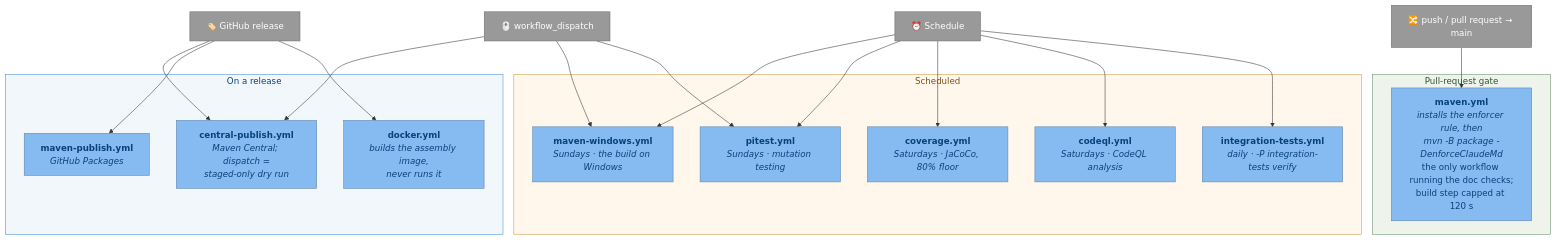
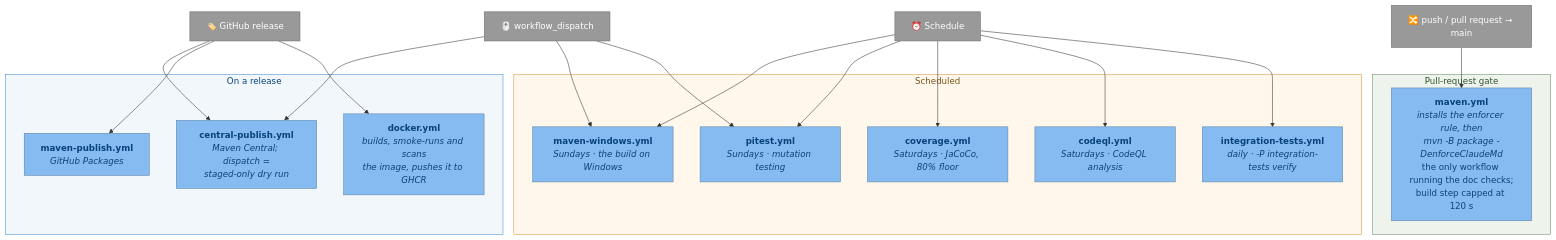
The tenth of 10 diagrams in docs/c4-architecture.md (adamw7/tools), drawn with Mermaid before and after one commit. The commit also changed other lines of this file and 16 other files, not shown here.

First line of the commit message:
fix(assembly,docker): make the container image runnable, shrink it, and gate it on PRs (#521)

````diff
--- a/docs/c4-architecture.md
+++ b/docs/c4-architecture.md
@@ -692,46 +692,46 @@
 ```mermaid
 flowchart TB
     pr["🔀 push / pull request → main"]
     sched["⏰ Schedule"]
     manual["🖱️ workflow_dispatch"]
     rel["🏷️ GitHub release"]
 
     subgraph gate ["Pull-request gate"]
         mavenWf["<b>maven.yml</b><br/><i>installs the enforcer rule, then<br/>mvn -B package -DenforceClaudeMd</i><br/>the only workflow running the doc checks;<br/>build step capped at 120 s"]
     end
 
     subgraph scheduled ["Scheduled"]
         itWf["<b>integration-tests.yml</b><br/><i>daily · -P integration-tests verify</i>"]
         codeqlWf["<b>codeql.yml</b><br/><i>Saturdays · CodeQL analysis</i>"]
         covWf["<b>coverage.yml</b><br/><i>Saturdays · JaCoCo, 80% floor</i>"]
         pitWf["<b>pitest.yml</b><br/><i>Sundays · mutation testing</i>"]
         winWf["<b>maven-windows.yml</b><br/><i>Sundays · the build on Windows</i>"]
     end
 
     subgraph publish ["On a release"]
-        dockerWf["<b>docker.yml</b><br/><i>builds the assembly image,<br/>never runs it</i>"]
+        dockerWf["<b>docker.yml</b><br/><i>builds, smoke-runs and scans<br/>the image, pushes it to GHCR</i>"]
         ghPkg["<b>maven-publish.yml</b><br/><i>GitHub Packages</i>"]
         central["<b>central-publish.yml</b><br/><i>Maven Central; dispatch =<br/>staged-only dry run</i>"]
     end
 
     pr --> mavenWf
     sched --> itWf
     sched --> codeqlWf
     sched --> covWf
     sched --> pitWf
     sched --> winWf
     manual --> pitWf
     manual --> winWf
     manual --> central
     rel --> dockerWf
     rel --> ghPkg
     rel --> central
 
     classDef comp fill:#85bbf0,stroke:#5d82a8,color:#08427b
     classDef ext fill:#999999,stroke:#6b6b6b,color:#fff
     class mavenWf,dockerWf,codeqlWf,itWf,covWf,pitWf,winWf,ghPkg,central comp
     class pr,sched,manual,rel ext
     style gate fill:#eef4ec,stroke:#6b8e6b,color:#2f5230
     style scheduled fill:#fff7ec,stroke:#d59a43,color:#7a5418
     style publish fill:#f2f7fc,stroke:#438dd5,color:#08427b
 ```
````
